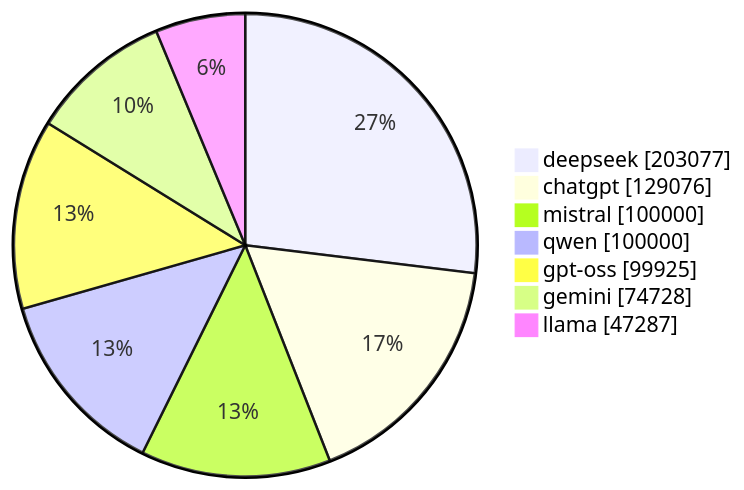
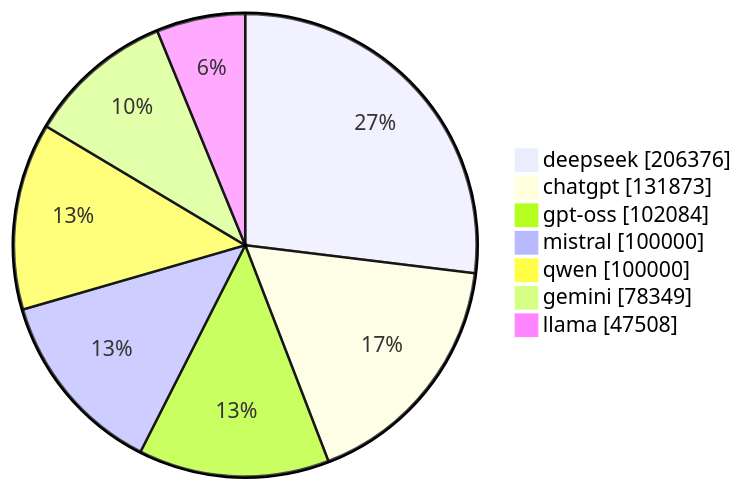
One commit to gqgs/llm100kbench changed the diagram in README.md. Above: the diagram before and after it, drawn with Mermaid. The commit also changed other lines of this file and 17 other files, not shown here.

````diff
--- a/README.md
+++ b/README.md
@@ -50,10 +50,10 @@
 ```mermaid
 pie showData
-    "deepseek" : 203077
-    "chatgpt" : 129076
+    "deepseek" : 206376
+    "chatgpt" : 131873
+    "gpt-oss" : 102084
     "mistral" : 100000
     "qwen" : 100000
-    "gpt-oss" : 99925
-    "gemini" : 74728
-    "llama" : 47287
+    "gemini" : 78349
+    "llama" : 47508
 ```
````
